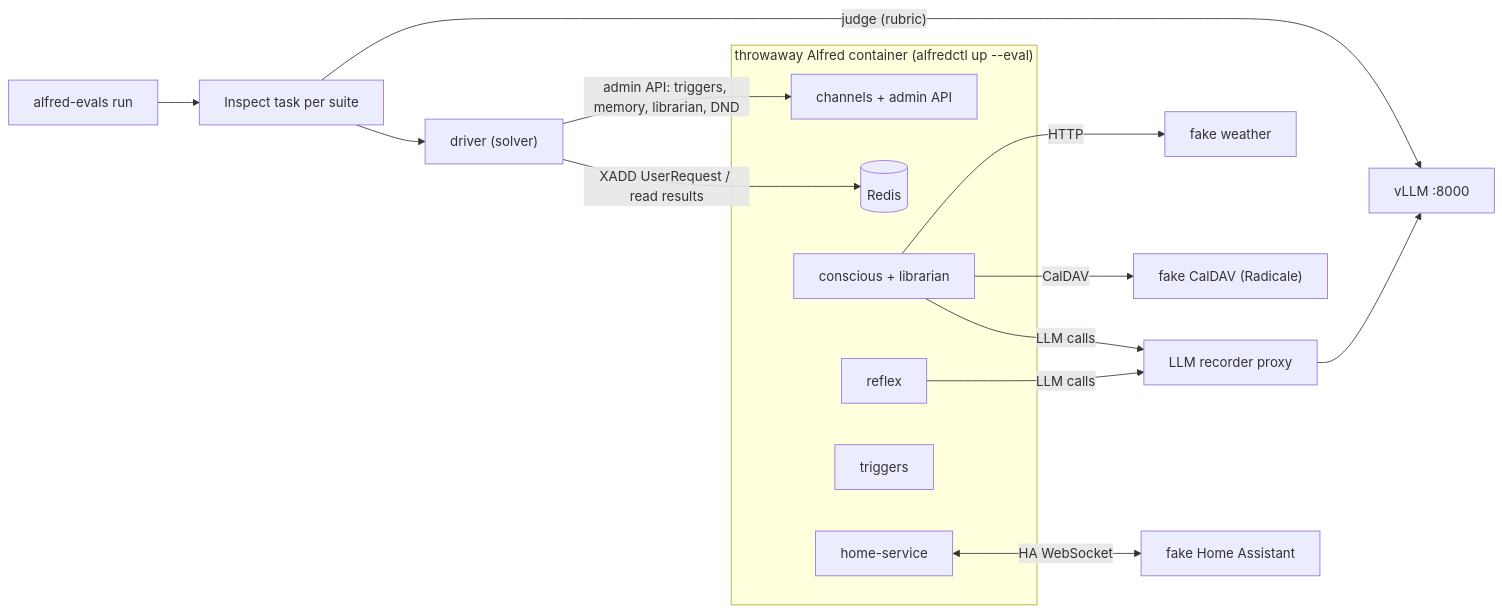
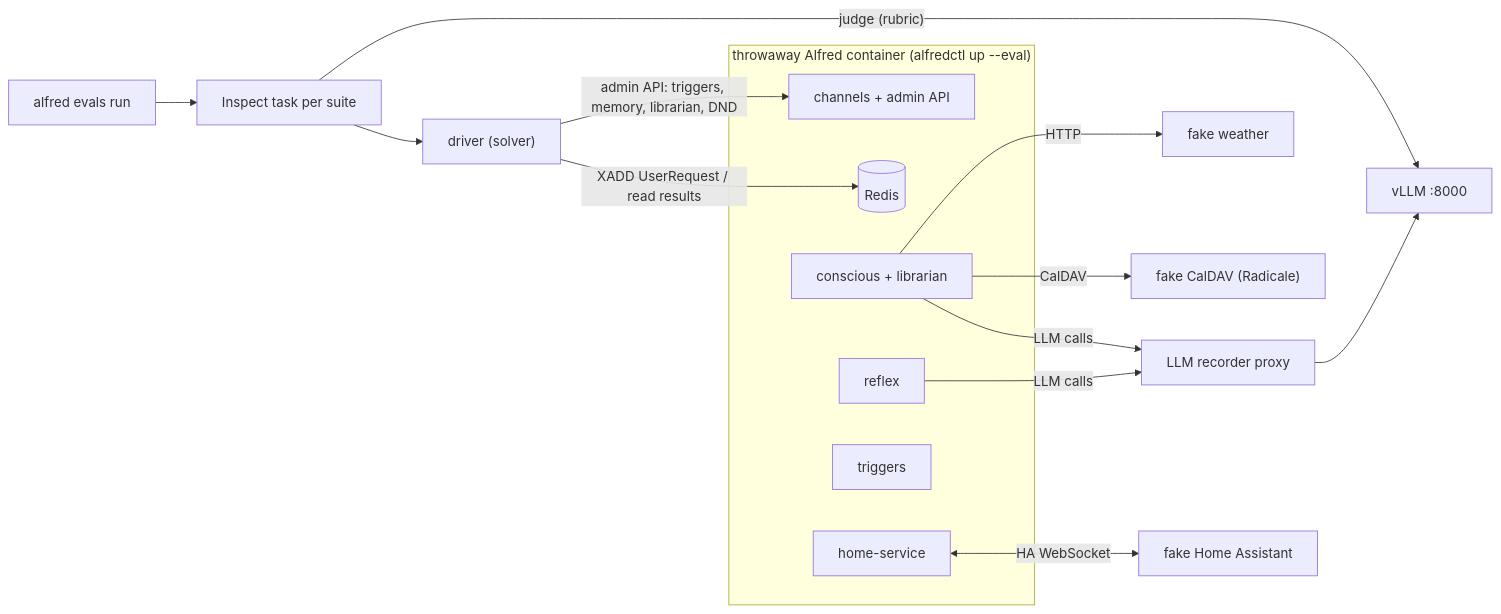
The diagram in docs/superpowers/specs/2026-10-06-prd-eval-suite-design.md (anirudhlath/alfred), drawn with Mermaid before and after one commit. The commit also changed other lines of this file and 1 other file, not shown here.

Commit message:
docs(evals): slice 1 implementation plan; CLI is alfred evals

````diff
--- a/docs/superpowers/specs/2026-10-06-prd-eval-suite-design.md
+++ b/docs/superpowers/specs/2026-10-06-prd-eval-suite-design.md
@@ -61,22 +61,22 @@
 ```mermaid
 flowchart LR
-    CLI["alfred-evals run"] --> Inspect["Inspect task per suite"]
+    CLI["alfred evals run"] --> Inspect["Inspect task per suite"]
     Inspect --> Driver["driver (solver)"]
     Driver -->|"XADD UserRequest / read results"| Redis
     Driver -->|"admin API: triggers, memory, librarian, DND"| Channels
     subgraph Container["throwaway Alfred container (alfredctl up --eval)"]
         Redis[(Redis)]
         Channels[channels + admin API]
         Conscious[conscious + librarian]
         Reflex[reflex]
         Triggers[triggers]
         HS[home-service]
     end
     Conscious -->|LLM calls| Proxy["LLM recorder proxy"]
     Reflex -->|LLM calls| Proxy
     Proxy --> VLLM["vLLM :8000"]
     HS <-->|"HA WebSocket"| FakeHA["fake Home Assistant"]
     Conscious -->|CalDAV| Radicale["fake CalDAV (Radicale)"]
     Conscious -->|HTTP| FakeWeather["fake weather"]
     Inspect -->|"judge (rubric)"| VLLM
 ```
````
